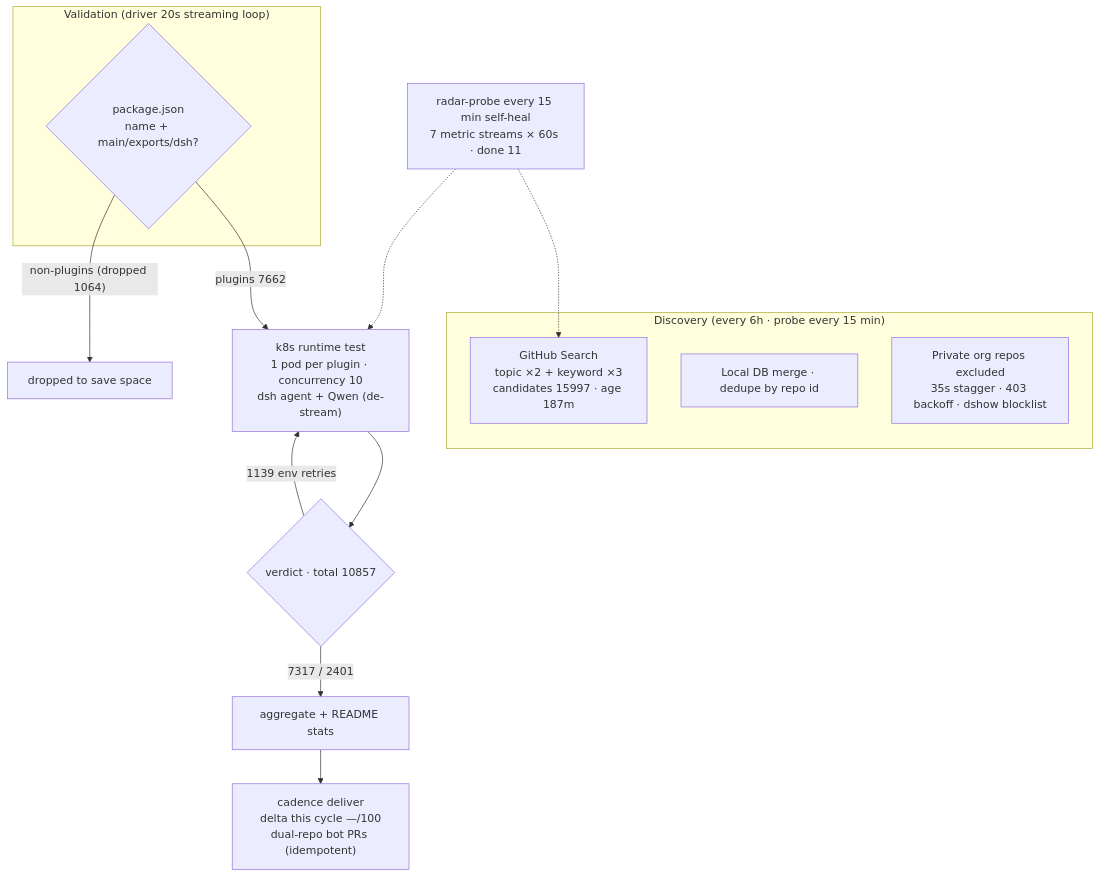
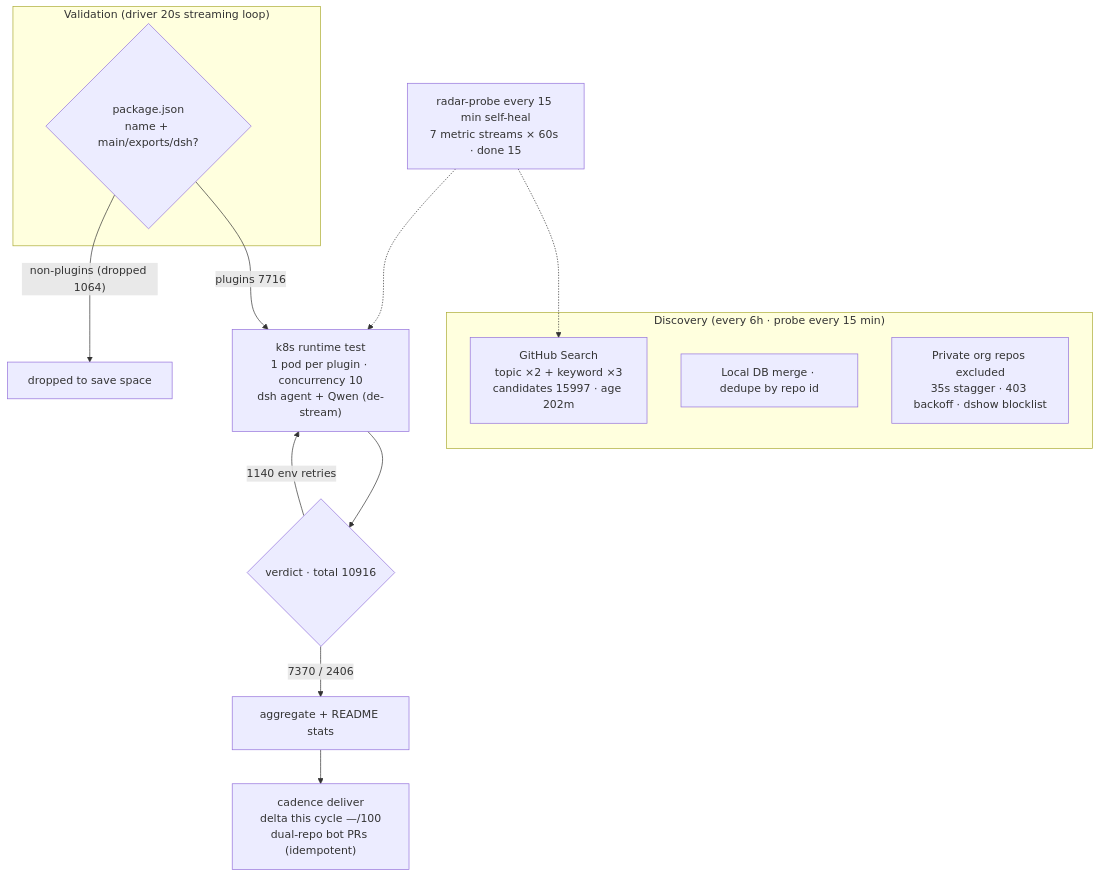
One commit to AdamPlatin123/awesome-dsh-plugins changed the diagram in README.en-US.md. Above: the diagram before and after it, drawn with Mermaid. The commit also changed other lines of this file and 4 other files, not shown here.

````diff
--- a/README.en-US.md
+++ b/README.en-US.md
@@ -45,20 +45,20 @@
 ```mermaid
 flowchart TB
     subgraph Discovery["Discovery (every 6h · probe every 15 min)"]
-        A1["GitHub Search<br/>topic ×2 + keyword ×3<br/>candidates 15997 · age 187m"]
+        A1["GitHub Search<br/>topic ×2 + keyword ×3<br/>candidates 15997 · age 202m"]
         A2["Local DB merge · dedupe by repo id"]
         A3["Private org repos excluded<br/>35s stagger · 403 backoff · dshow blocklist"]
     end
     subgraph Validation["Validation (driver 20s streaming loop)"]
         B1{"package.json<br/>name + main/exports/dsh?"}
     end
-    B1 -->|"plugins 7662"| C1["k8s runtime test<br/>1 pod per plugin · concurrency 10<br/>dsh agent + Qwen (de-stream)"]
+    B1 -->|"plugins 7716"| C1["k8s runtime test<br/>1 pod per plugin · concurrency 10<br/>dsh agent + Qwen (de-stream)"]
     B1 -->|"non-plugins (dropped 1064)"| B3["dropped to save space"]
-    C1 --> D1{"verdict · total 10857"}
-    D1 -->|"7317 / 2401"| E1["aggregate + README stats"]
-    D1 -->|"1139 env retries"| C1
+    C1 --> D1{"verdict · total 10916"}
+    D1 -->|"7370 / 2406"| E1["aggregate + README stats"]
+    D1 -->|"1140 env retries"| C1
     E1 --> E2["cadence deliver<br/>delta this cycle —/100<br/>dual-repo bot PRs (idempotent)"]
-    M["radar-probe every 15 min self-heal<br/>7 metric streams × 60s · done 11"]
+    M["radar-probe every 15 min self-heal<br/>7 metric streams × 60s · done 15"]
     M -.-> A1
     M -.-> C1
 ```
````
